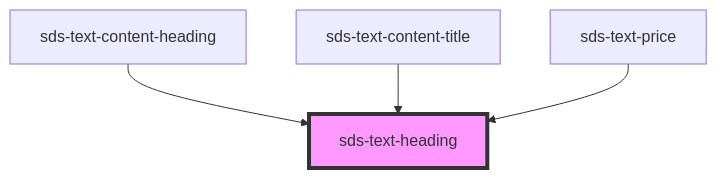
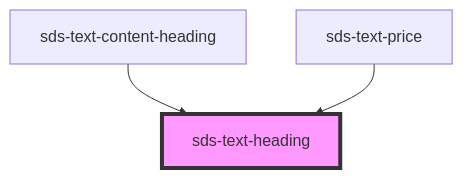
Before and after one commit to chodgesfigma/sds-mono: the diagram in sds-web-components/src/ui/primitives/sds-text/sds-text-heading/readme.md, drawn with Mermaid. The commit also changed other lines of this file and 12 other files, not shown here.

````diff
--- a/sds-web-components/src/ui/primitives/sds-text/sds-text-heading/readme.md
+++ b/sds-web-components/src/ui/primitives/sds-text/sds-text-heading/readme.md
@@ -21,7 +20,6 @@
 ```mermaid
 graph TD;
   sds-text-content-heading --> sds-text-heading
-  sds-text-content-title --> sds-text-heading
   sds-text-price --> sds-text-heading
   style sds-text-heading fill:#f9f,stroke:#333,stroke-width:4px
 ```
````
